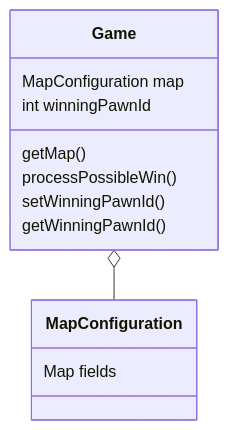
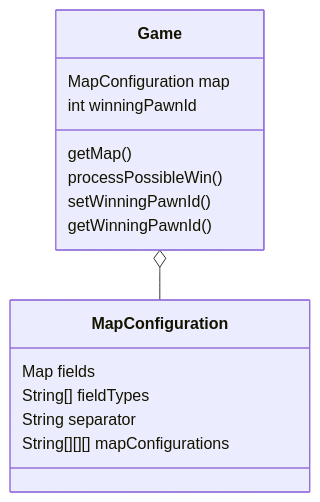
One commit to stijnlinderman/eldorado changed the second of 2 diagrams in ARCHITECTURE.md. Above: the diagram before and after it, drawn with Mermaid.

````diff
--- a/ARCHITECTURE.md
+++ b/ARCHITECTURE.md
@@ -13,11 +13,14 @@
 ```mermaid
 classDiagram
 	Game o-- MapConfiguration
 	Game : MapConfiguration map
 	Game : int winningPawnId
 	Game : getMap()
 	Game : processPossibleWin()
 	Game : setWinningPawnId()
 	Game : getWinningPawnId()
 	MapConfiguration : Map<String,Field> fields
+	MapConfiguration : String[] fieldTypes
+	MapConfiguration : String separator
+	MapConfiguration : String[][][] mapConfigurations
 ```
````
